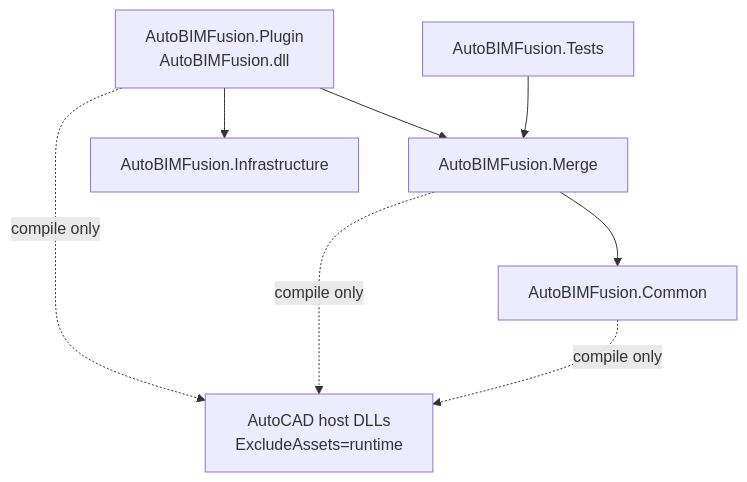
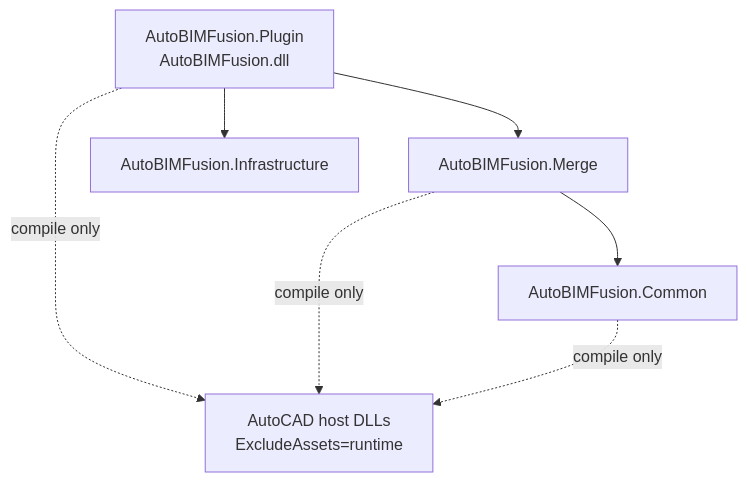
Before and after one commit to Yerkebulan777/AutoBIMFusion: the diagram in docs/PROJECT_STRUCTURE.md, drawn with Mermaid. The commit also changed other lines of this file and 6 other files, not shown here.

````diff
--- a/docs/PROJECT_STRUCTURE.md
+++ b/docs/PROJECT_STRUCTURE.md
@@ -103,17 +100,15 @@
 ```mermaid
 flowchart TD
     Plugin["AutoBIMFusion.Plugin<br/>AutoBIMFusion.dll"]
     Merge["AutoBIMFusion.Merge"]
     AutoCAD["AutoBIMFusion.Common"]
     Infrastructure["AutoBIMFusion.Infrastructure"]
-    Tests["AutoBIMFusion.Tests"]
     AutoCADHost["AutoCAD host DLLs<br/>ExcludeAssets=runtime"]
 
     Plugin --> Merge
     Plugin --> Infrastructure
     Merge --> AutoCAD
     Plugin -. compile only .-> AutoCADHost
     Merge -. compile only .-> AutoCADHost
     AutoCAD -. compile only .-> AutoCADHost
-    Tests --> Merge
 ```
````
